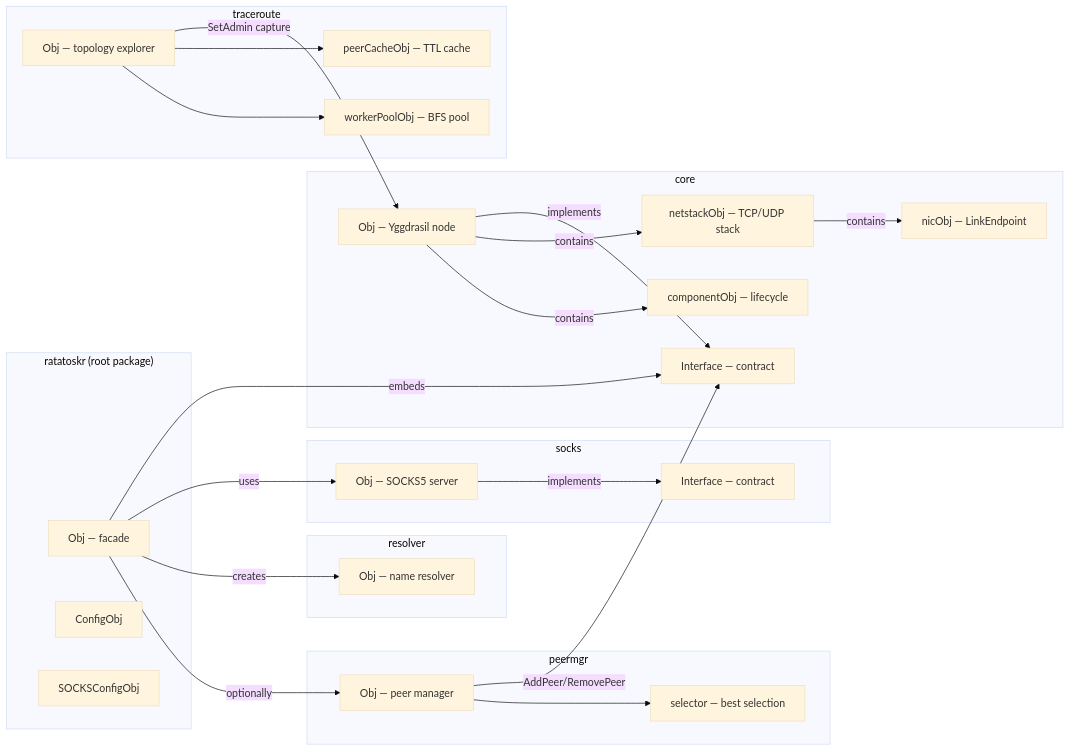
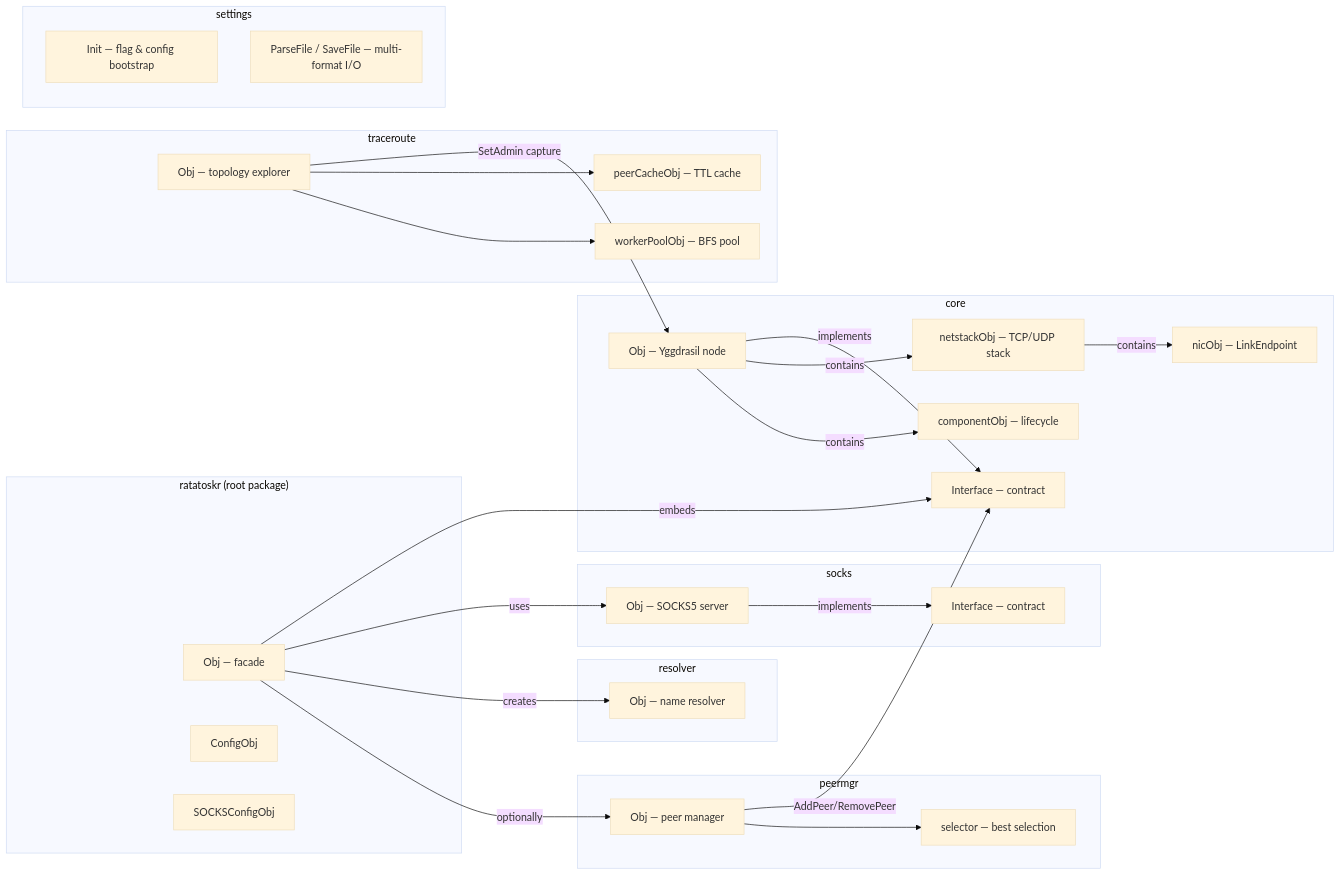
The fourth of 16 diagrams in README.md (voluminor/ratatoskr), drawn with Mermaid (base theme) before and after one commit. The commit also changed other lines of this file and 55 other files, not shown here.

````diff
--- a/README.md
+++ b/README.md
@@ -264,51 +266,56 @@
 ```mermaid
 graph LR
 subgraph "ratatoskr (root package)"
 A[Obj — facade]
 B[ConfigObj]
 C[SOCKSConfigObj]
 end
 
 subgraph "core"
 D[Obj — Yggdrasil node]
 E[Interface — contract]
 F[netstackObj — TCP/UDP stack]
 G[nicObj — LinkEndpoint]
 H[componentObj — lifecycle]
 end
 
 subgraph "peermgr"
 PM[Obj — peer manager]
 SEL[selector — best selection]
 end
 
 subgraph "resolver"
 I[Obj — name resolver]
 end
 
 subgraph "socks"
 J[Obj — SOCKS5 server]
 K[Interface — contract]
 end
 
 subgraph "traceroute"
 TR[Obj — topology explorer]
 CACHE[peerCacheObj — TTL cache]
 POOL[workerPoolObj — BFS pool]
 end
 
+subgraph "settings"
+SINIT[Init — flag & config bootstrap]
+SFILE[ParseFile / SaveFile — multi-format I/O]
+end
+
 A -->|embeds|E
 A -->|uses|J
 A -->|creates|I
 A -->|optionally|PM
 PM -->|AddPeer/RemovePeer|E
 PM --> SEL
 D -->|implements|E
 D -->|contains|F
 F -->|contains|G
 D -->|contains|H
 J -->|implements|K
 TR -->|SetAdmin capture|D
 TR --> CACHE
 TR --> POOL
 ```
````
